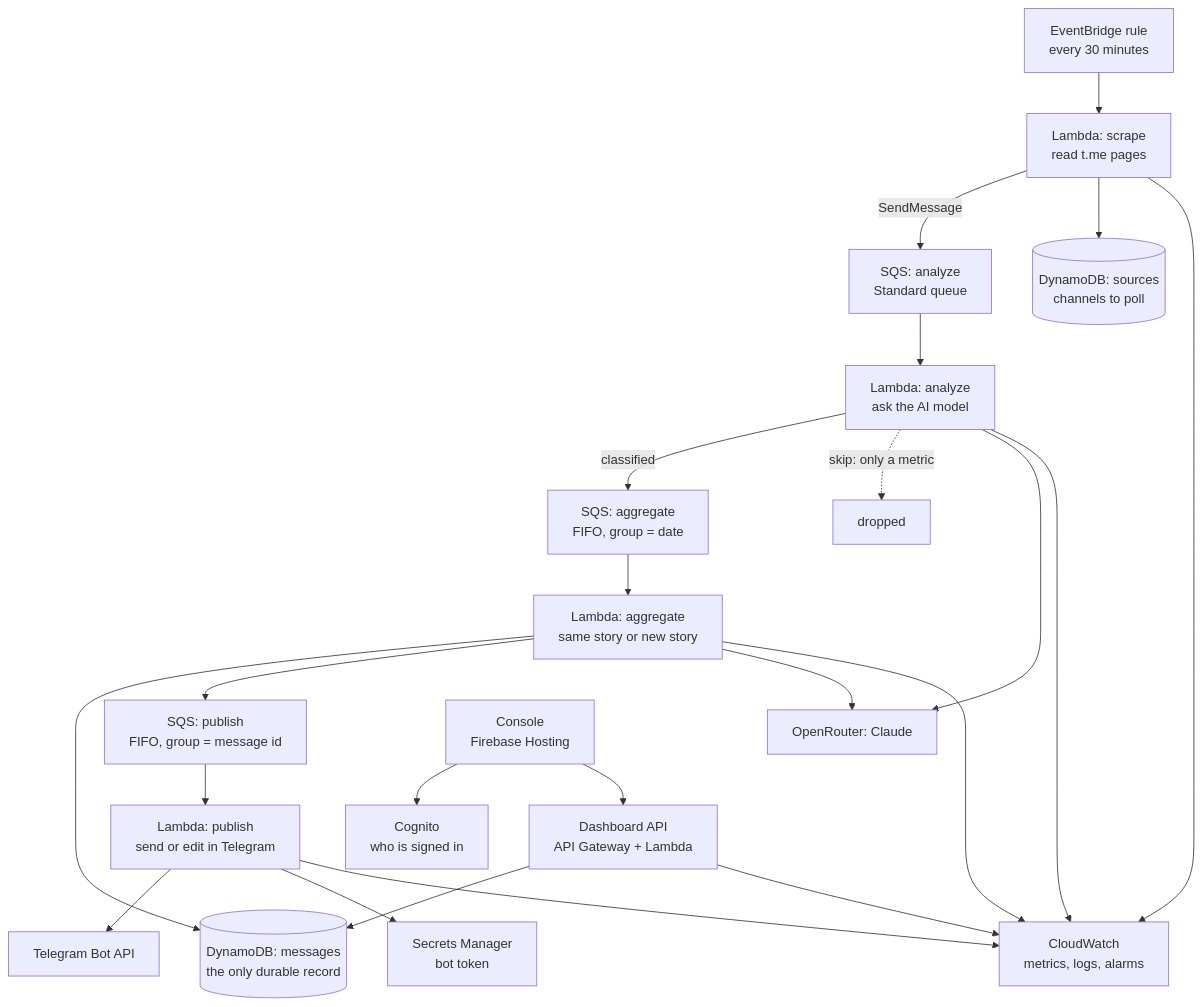
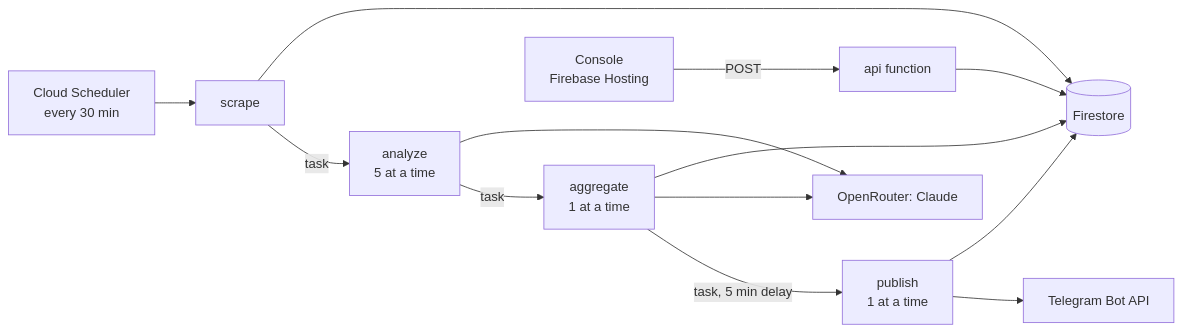
One commit to alitskevich/telegator changed the diagram in docs/telegator.md. Above: the diagram before and after it, drawn with Mermaid. The commit also changed other lines of this file and 345 other files, not shown here.

````diff
--- a/docs/telegator.md
+++ b/docs/telegator.md
@@ -73,22 +13,12 @@
 ```mermaid
-flowchart TD
-  Clock["EventBridge rule<br/>every 30 minutes"] --> Scrape["Lambda: scrape<br/>read t.me pages"]
-  Scrape -->|"SendMessage"| Q1["SQS: analyze<br/>Standard queue"]
-  Q1 --> Analyze["Lambda: analyze<br/>ask the AI model"]
-  Analyze -->|"classified"| Q2["SQS: aggregate<br/>FIFO, group = date"]
-  Analyze -.->|"skip: only a metric"| Drop["dropped"]
-  Q2 --> Agg["Lambda: aggregate<br/>same story or new story"]
-  Agg --> DDB[("DynamoDB: messages<br/>the only durable record")]
-  Agg --> Q3["SQS: publish<br/>FIFO, group = message id"]
-  Q3 --> Pub["Lambda: publish<br/>send or edit in Telegram"]
-  Pub --> TG["Telegram Bot API"]
-  Scrape --> SRC[("DynamoDB: sources<br/>channels to poll")]
-  Analyze --> AI["OpenRouter: Claude"]
-  Agg --> AI
-  Pub --> SM["Secrets Manager<br/>bot token"]
-  Scrape & Analyze & Agg & Pub --> CW["CloudWatch<br/>metrics, logs, alarms"]
-  Dash["Console<br/>Firebase Hosting"] --> Cog["Cognito<br/>who is signed in"]
-  Dash --> Api["Dashboard API<br/>API Gateway + Lambda"]
-  Api --> DDB
-  Api --> CW
+flowchart LR
+  Clock["Cloud Scheduler<br/>every 30 min"] --> Scrape["scrape"]
+  Scrape -->|task| Analyze["analyze<br/>5 at a time"]
+  Analyze -->|task| Aggregate["aggregate<br/>1 at a time"]
+  Aggregate -->|task, 5 min delay| Publish["publish<br/>1 at a time"]
+  Publish --> TG["Telegram Bot API"]
+  Analyze & Aggregate --> AI["OpenRouter: Claude"]
+  Scrape & Aggregate & Publish --> FS[("Firestore")]
+  Console["Console<br/>Firebase Hosting"] -->|POST| Api["api function"]
+  Api --> FS
 ```
````
